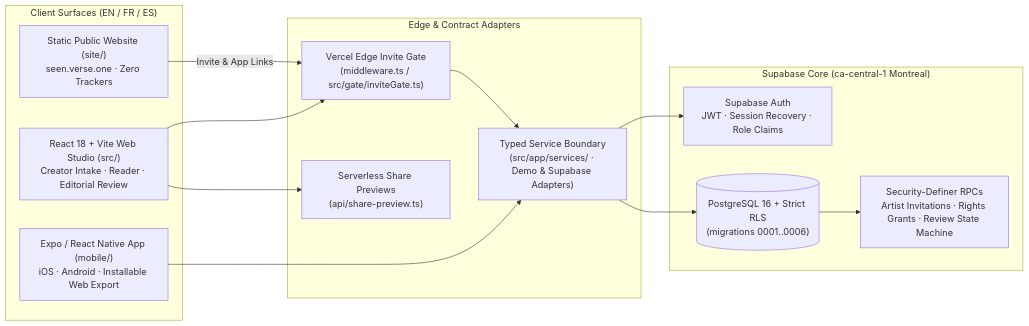
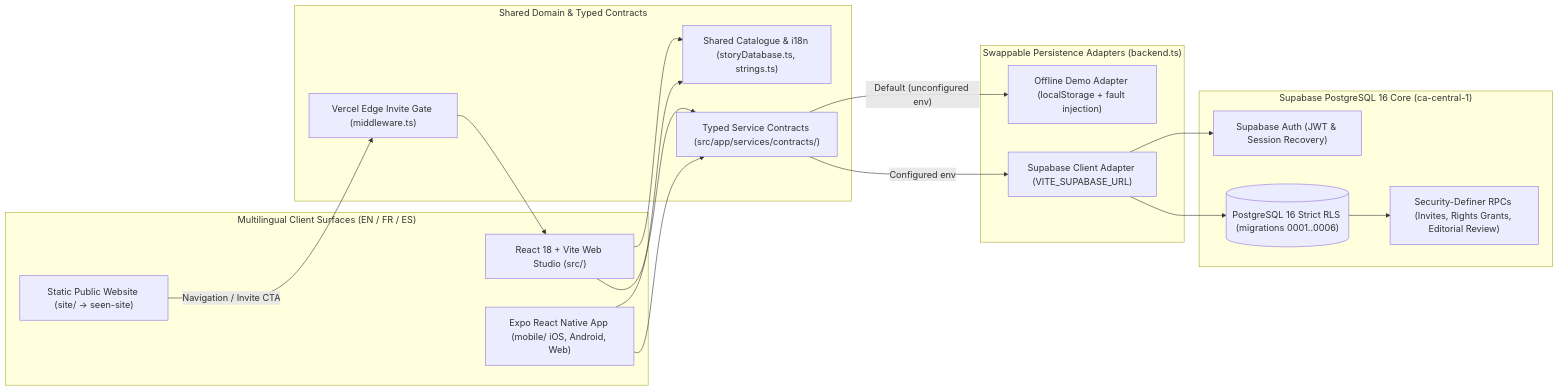
Before and after one commit to creova-studios/seen: the diagram in README.md, drawn with Mermaid. The commit also changed other lines of this file and 15 other files, not shown here.

Commit message:
chore(ci,governance): enforce deterministic npm ci lockfiles, upgrade README architecture & license alignment (#57)

````diff
--- a/README.md
+++ b/README.md
@@ -19,29 +39,37 @@
 ```mermaid
 flowchart LR
-    subgraph Surfaces["Client Surfaces (EN / FR / ES)"]
-        Site["Static Public Website (site/)\nseen.verse.one · Zero Trackers"]
-        Web["React 18 + Vite Web Studio (src/)\nCreator Intake · Reader · Editorial Review"]
-        Mobile["Expo / React Native App (mobile/)\niOS · Android · Installable Web Export"]
+    subgraph Clients["Multilingual Client Surfaces (EN / FR / ES)"]
+        Site["Static Public Website (site/ -> seen-site)"]
+        Web["React 18 + Vite Web Studio (src/)"]
+        Mobile["Expo React Native App (mobile/ iOS, Android, Web)"]
     end
 
-    subgraph Edge["Edge & Contract Adapters"]
-        Gate["Vercel Edge Invite Gate\n(middleware.ts / src/gate/inviteGate.ts)"]
-        Preview["Serverless Share Previews\n(api/share-preview.ts)"]
-        Service["Typed Service Boundary\n(src/app/services/ · Demo & Supabase Adapters)"]
+    subgraph Shared["Shared Domain & Typed Contracts"]
+        Catalogue["Shared Catalogue & i18n (storyDatabase.ts, strings.ts)"]
+        Gate["Vercel Edge Invite Gate (middleware.ts)"]
+        Contracts["Typed Service Contracts (src/app/services/contracts/)"]
     end
 
-    subgraph Backend["Supabase Core (ca-central-1 Montreal)"]
-        Auth["Supabase Auth\nJWT · Session Recovery · Role Claims"]
-        PG[("PostgreSQL 16 + Strict RLS\n(migrations 0001..0006)")]
-        RPC["Security-Definer RPCs\nArtist Invitations · Rights Grants · Review State Machine"]
+    subgraph Adapters["Swappable Persistence Adapters (backend.ts)"]
+        Demo["Offline Demo Adapter (localStorage + fault injection)"]
+        SupaAdapter["Supabase Client Adapter (VITE_SUPABASE_URL)"]
     end
 
-    Site -->|"Invite & App Links"| Gate
-    Web --> Gate
-    Gate --> Service
-    Mobile --> Service
-    Web --> Preview
-    Service --> Auth
-    Service --> PG
-    PG --> RPC
+    subgraph Database["Supabase PostgreSQL 16 Core (ca-central-1)"]
+        Auth["Supabase Auth (JWT & Session Recovery)"]
+        RLS[("PostgreSQL 16 Strict RLS (migrations 0001..0006)")]
+        RPC["Security-Definer RPCs (Invites, Rights Grants, Editorial Review)"]
+    end
+
+    Site -->|"Navigation / Invite CTA"| Gate
+    Gate --> Web
+    Web --> Catalogue
+    Mobile --> Catalogue
+    Web --> Contracts
+    Mobile --> Contracts
+    Contracts -->|"Default (unconfigured env)"| Demo
+    Contracts -->|"Configured env"| SupaAdapter
+    SupaAdapter --> Auth
+    SupaAdapter --> RLS
+    RLS --> RPC
 ```
````
